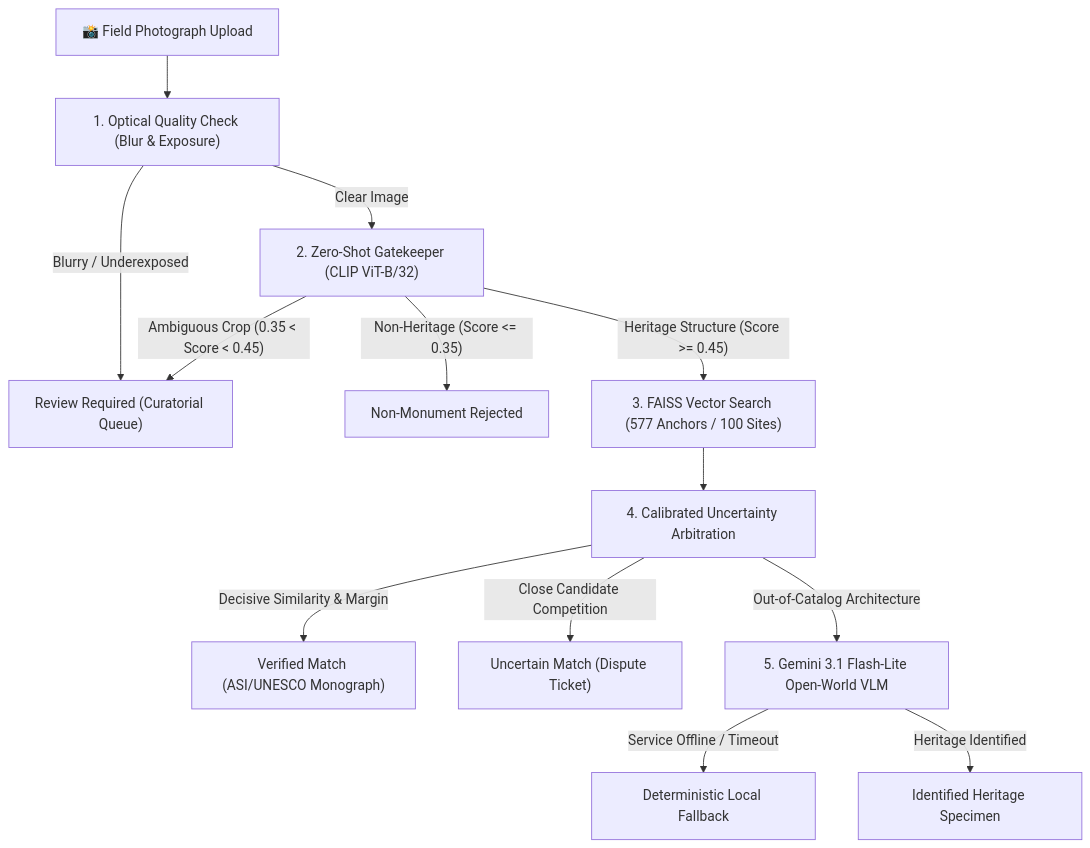
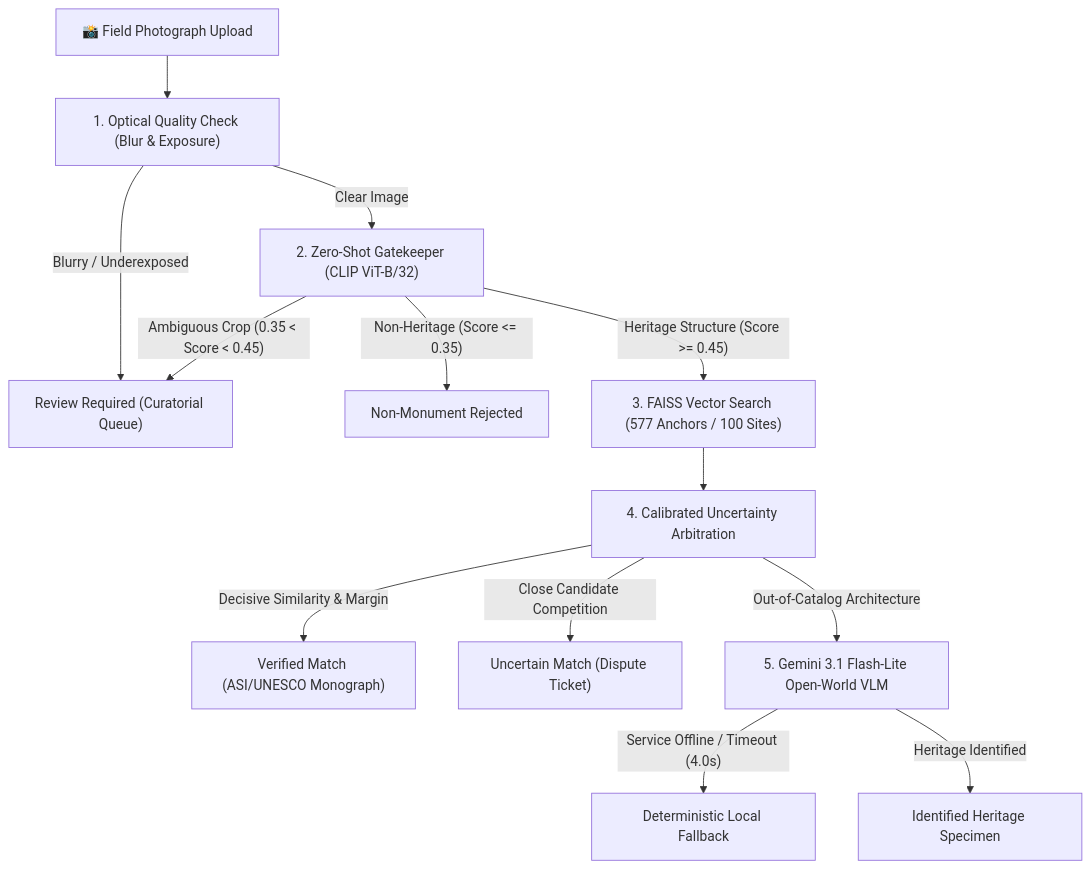
The diagram in README.md (humaidmalik63-png/Heritage-Recognisation-System), drawn with Mermaid before and after one commit. The commit also changed other lines of this file and 26 other files, not shown here.

Commit message:
docs: organize historical phase reports into docs/ and enhance README with visual previews and architecture guides

````diff
--- a/README.md
+++ b/README.md
@@ -33,20 +73,20 @@
 ```mermaid
 flowchart TD
     User["📸 Field Photograph Upload"] --> Quality["1. Optical Quality Check (Blur & Exposure)"]
     
     Quality -- Blurry / Underexposed --> ReviewReq["Review Required (Curatorial Queue)"]
     Quality -- Clear Image --> Gatekeeper["2. Zero-Shot Gatekeeper (CLIP ViT-B/32)"]
     
     Gatekeeper -- Non-Heritage (Score <= 0.35) --> Reject["Non-Monument Rejected"]
     Gatekeeper -- Ambiguous Crop (0.35 < Score < 0.45) --> ReviewReq
     Gatekeeper -- Heritage Structure (Score >= 0.45) --> VectorSearch["3. FAISS Vector Search (577 Anchors / 100 Sites)"]
     
     VectorSearch --> CalibratedEngine["4. Calibrated Uncertainty Arbitration"]
     
     CalibratedEngine -- Decisive Similarity & Margin --> VerifiedMatch["Verified Match (ASI/UNESCO Monograph)"]
     CalibratedEngine -- Close Candidate Competition --> Uncertain["Uncertain Match (Dispute Ticket)"]
     CalibratedEngine -- Out-of-Catalog Architecture --> GeminiTier2["5. Gemini 3.1 Flash-Lite Open-World VLM"]
     
-    GeminiTier2 -- Service Offline / Timeout --> DeterministicFallback["Deterministic Local Fallback"]
+    GeminiTier2 -- Service Offline / Timeout (4.0s) --> DeterministicFallback["Deterministic Local Fallback"]
     GeminiTier2 -- Heritage Identified --> OutOfCatalog["Identified Heritage Specimen"]
 ```
````
